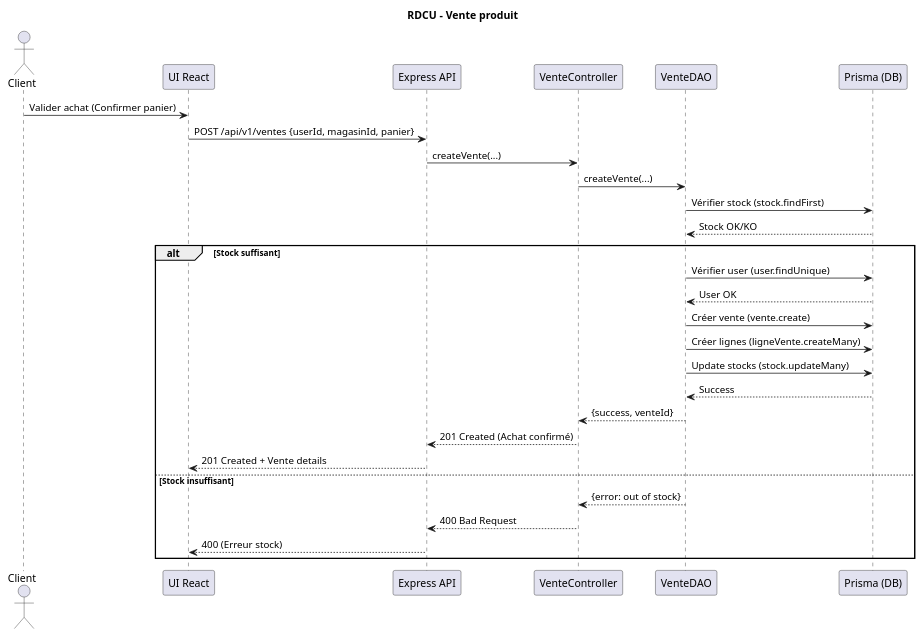
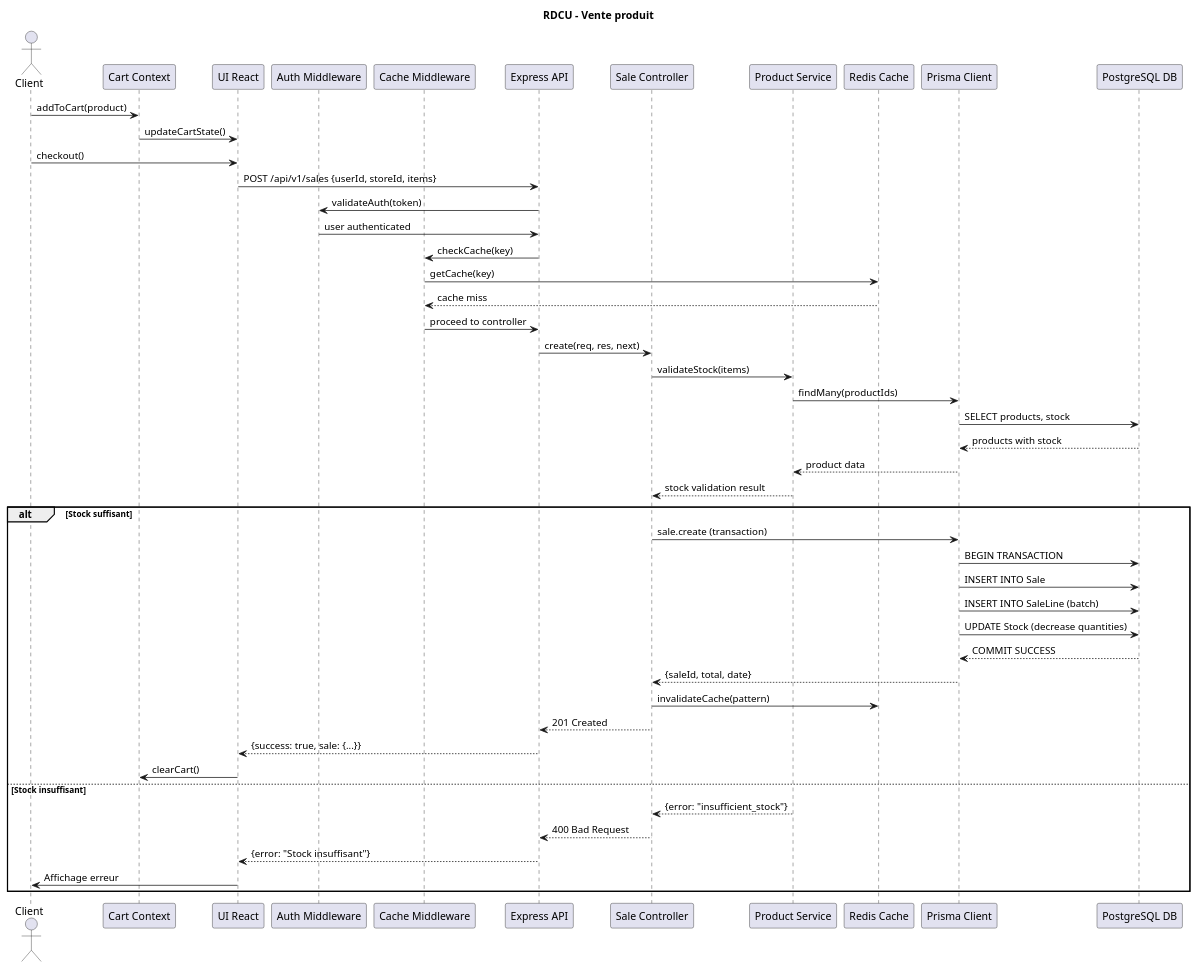
One commit to Minh-Khoi-Le/log430-lab4 changed the diagram in docs/UML/RDCU-Vente.puml. Above: the diagram before and after it, drawn with PlantUML. The commit also changed 16 other files, not shown here.

Commit message:
Update UML diagrams and report

```diff
--- a/docs/UML/RDCU-Vente.puml
+++ b/docs/UML/RDCU-Vente.puml
@@ -1,33 +1,54 @@
 @startuml RDCU Vente
 
-title RDCU - Vente produit
+title RDCU - Vente produit 
 
 actor Client
+participant "Cart Context" as CartCtx
 participant "UI React" as Frontend
+participant "Auth Middleware" as Auth
+participant "Cache Middleware" as Cache
 participant "Express API" as Backend
-participant "VenteController" as Controller
-participant "VenteDAO" as DAO
-participant "Prisma (DB)" as DB
+participant "Sale Controller" as Controller
+participant "Product Service" as ProductSvc
+participant "Redis Cache" as Redis
+participant "Prisma Client" as Prisma
+participant "PostgreSQL DB" as DB
 
-Client -> Frontend : Valider achat (Confirmer panier)
-Frontend -> Backend : POST /api/v1/ventes {userId, magasinId, panier}
-Backend -> Controller : createVente(...)
-Controller -> DAO : createVente(...)
-DAO -> DB : Vérifier stock (stock.findFirst)
-DB --> DAO : Stock OK/KO
+Client -> CartCtx : addToCart(product)
+CartCtx -> Frontend : updateCartState()
+Client -> Frontend : checkout()
+Frontend -> Backend : POST /api/v1/sales {userId, storeId, items}
+Backend -> Auth : validateAuth(token)
+Auth -> Backend : user authenticated
+Backend -> Cache : checkCache(key)
+Cache -> Redis : getCache(key)
+Redis --> Cache : cache miss
+Cache -> Backend : proceed to controller
+Backend -> Controller : create(req, res, next)
+Controller -> ProductSvc : validateStock(items)
+ProductSvc -> Prisma : findMany(productIds)
+Prisma -> DB : SELECT products, stock
+DB --> Prisma : products with stock
+Prisma --> ProductSvc : product data
+ProductSvc --> Controller : stock validation result
+
 alt Stock suffisant
-  DAO -> DB : Vérifier user (user.findUnique)
-  DB --> DAO : User OK
-  DAO -> DB : Créer vente (vente.create)
-  DAO -> DB : Créer lignes (ligneVente.createMany)
-  DAO -> DB : Update stocks (stock.updateMany)
-  DB --> DAO : Success
-  DAO --> Controller : {success, venteId}
-  Controller --> Backend : 201 Created (Achat confirmé)
-  Backend --> Frontend : 201 Created + Vente details
+  Controller -> Prisma : sale.create (transaction)
+  Prisma -> DB : BEGIN TRANSACTION
+  Prisma -> DB : INSERT INTO Sale
+  Prisma -> DB : INSERT INTO SaleLine (batch)
+  Prisma -> DB : UPDATE Stock (decrease quantities)
+  DB --> Prisma : COMMIT SUCCESS
+  Prisma --> Controller : {saleId, total, date}
+  Controller -> Redis : invalidateCache(pattern)
+  Controller --> Backend : 201 Created
+  Backend --> Frontend : {success: true, sale: {...}}
+  Frontend -> CartCtx : clearCart()
 else Stock insuffisant
-  DAO --> Controller : {error: out of stock}
+  ProductSvc --> Controller : {error: "insufficient_stock"}
   Controller --> Backend : 400 Bad Request
-  Backend --> Frontend : 400 (Erreur stock)
+  Backend --> Frontend : {error: "Stock insuffisant"}
+  Frontend -> Client : Affichage erreur
 end
+
 @enduml
```
